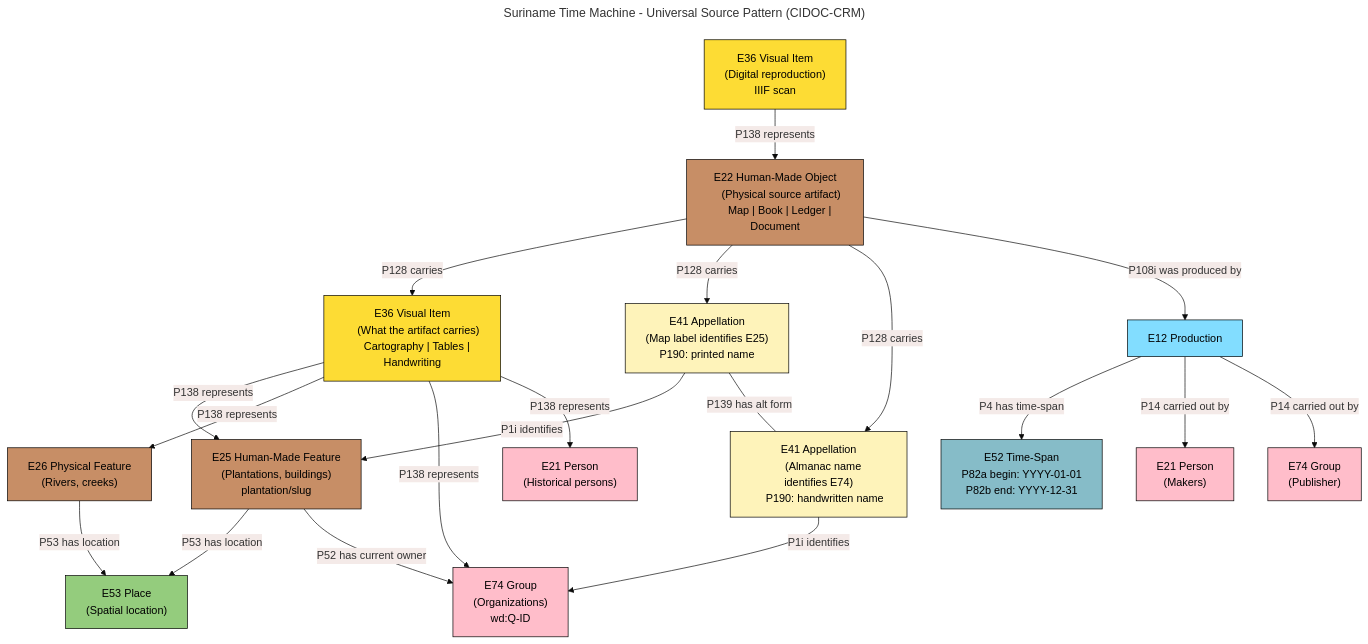
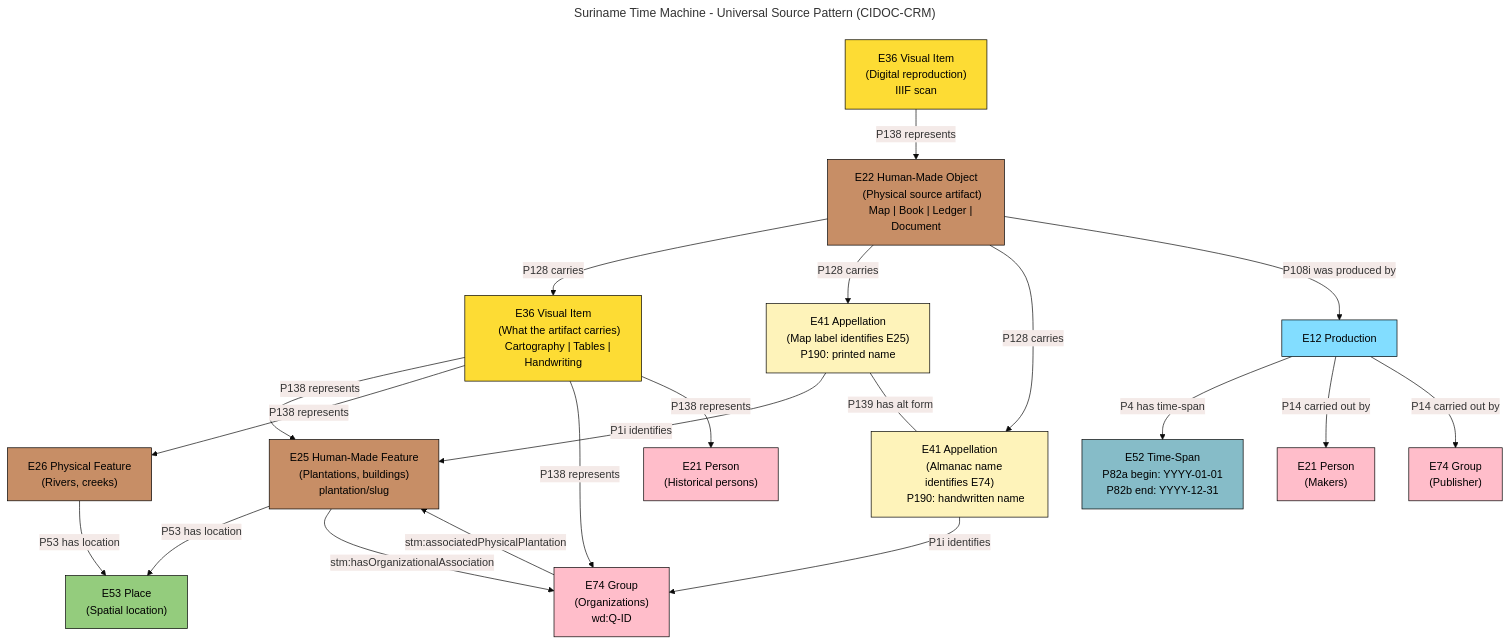
Before and after one commit to SurinameTimeMachine/suriname-database-model: the diagram in docs/models/universal-source-pattern.mmd, drawn with Mermaid. The commit also changed 17 other files, not shown here.

```diff
--- a/docs/models/universal-source-pattern.mmd
+++ b/docs/models/universal-source-pattern.mmd
@@ -1,127 +1,128 @@
 ---
 title: Suriname Time Machine - Universal Source Pattern (CIDOC-CRM)
 ---
 %%{init: {'theme': 'base', 'themeVariables': { 'primaryColor': '#e8f4ea'}}}%%
 flowchart TB
     %% =============================================================
     %% UNIVERSAL SOURCE PATTERN
     %% Applies to: Maps, Almanacs, Slave Registers, Certificates
     %% =============================================================
 
     E22["E22 Human-Made Object
     (Physical source artifact)
     Map | Book | Ledger | Document"]
 
     E36_IMG["E36 Visual Item
     (Digital reproduction)
     IIIF scan"]
 
     E36["E36 Visual Item
     (What the artifact carries)
     Cartography | Tables | Handwriting"]
 
     E41_MAP["E41 Appellation
     (Map label identifies E25)
     P190: printed name"]
 
     E41_ALM["E41 Appellation
     (Almanac name identifies E74)
     P190: handwritten name"]
 
     E12["E12 Production"]
 
     E52["E52 Time-Span
     P82a begin: YYYY-01-01
     P82b end: YYYY-12-31"]
 
     E21["E21 Person
     (Makers)"]
 
     E74_PUB["E74 Group
     (Publisher)"]
 
     %% =============================================================
     %% WHAT THE SOURCE REPRESENTS (varies by source type)
     %% =============================================================
 
     E25["E25 Human-Made Feature
     (Plantations, buildings)
     plantation/slug"]
 
     E26["E26 Physical Feature
     (Rivers, creeks)"]
 
     E74_ORG["E74 Group
     (Organizations)
     wd:Q-ID"]
 
     E21_PERSON["E21 Person
     (Historical persons)"]
 
     E53["E53 Place
     (Spatial location)"]
 
     %% =============================================================
     %% RELATIONSHIPS
     %% =============================================================
 
     %% Physical artifact carries visual content AND names
     E22 -->|"P128 carries"| E36
     E22 -->|"P128 carries"| E41_MAP
     E22 -->|"P128 carries"| E41_ALM
 
     %% Digital scan represents physical (P138)
     E36_IMG -->|"P138 represents"| E22
 
     %% Production with time-span (gives temporal scope to names)
     E22 -->|"P108i was produced by"| E12
     E12 -->|"P4 has time-span"| E52
     E12 -->|"P14 carried out by"| E21
     E12 -->|"P14 carried out by"| E74_PUB
 
     %% Visual represents different things depending on source type
     E36 -->|"P138 represents"| E25
     E36 -->|"P138 represents"| E26
     E36 -->|"P138 represents"| E74_ORG
     E36 -->|"P138 represents"| E21_PERSON
 
     %% Names identify DIFFERENT entity types depending on source
     E41_MAP -->|"P1i identifies"| E25
     E41_ALM -->|"P1i identifies"| E74_ORG
     E41_MAP ---|"P139 has alt form"| E41_ALM
 
     %% Things/features have locations
     E25 -->|"P53 has location"| E53
     E26 -->|"P53 has location"| E53
 
-    %% Plantation owned by organization (separate entities)
-    E25 -->|"P52 has current owner"| E74_ORG
+    %% Researched correspondence; ownership needs separate evidence
+    E25 -->|"stm:hasOrganizationalAssociation"| E74_ORG
+    E74_ORG -->|"stm:associatedPhysicalPlantation"| E25
 
     %% =============================================================
     %% STYLING
     %% =============================================================
 
     %% CRITERIA / George Bruseker CIDOC-CRM colour scheme
     %% See: https://github.com/chin-rcip/CRITERIA
 
     classDef crm_E18_Physical_Thing fill:#c78e66,stroke:#000000,color:#000000
     classDef crm_E28_Conceptual_Object fill:#fddc34,stroke:#000000,color:#000000
     classDef crm_E41_Appellation fill:#fef3ba,stroke:#000000,color:#000000
     classDef crm_E53_Place fill:#94cc7d,stroke:#000000,color:#000000
     classDef crm_E39_Actor fill:#ffbdca,stroke:#000000,color:#000000
     classDef crm_E2_Temporal_Entity fill:#82ddff,stroke:#000000,color:#000000
     classDef crm_E52_Time_Span fill:#86bcc8,stroke:#000000,color:#000000
 
     class E22 crm_E18_Physical_Thing
     class E36_IMG crm_E28_Conceptual_Object
     class E36 crm_E28_Conceptual_Object
     class E41_MAP crm_E41_Appellation
     class E41_ALM crm_E41_Appellation
     class E25 crm_E18_Physical_Thing
     class E53 crm_E53_Place
     class E26 crm_E18_Physical_Thing
     class E74_ORG crm_E39_Actor
     class E74_PUB crm_E39_Actor
     class E21,E21_PERSON crm_E39_Actor
     class E12 crm_E2_Temporal_Entity
     class E52 crm_E52_Time_Span
```
